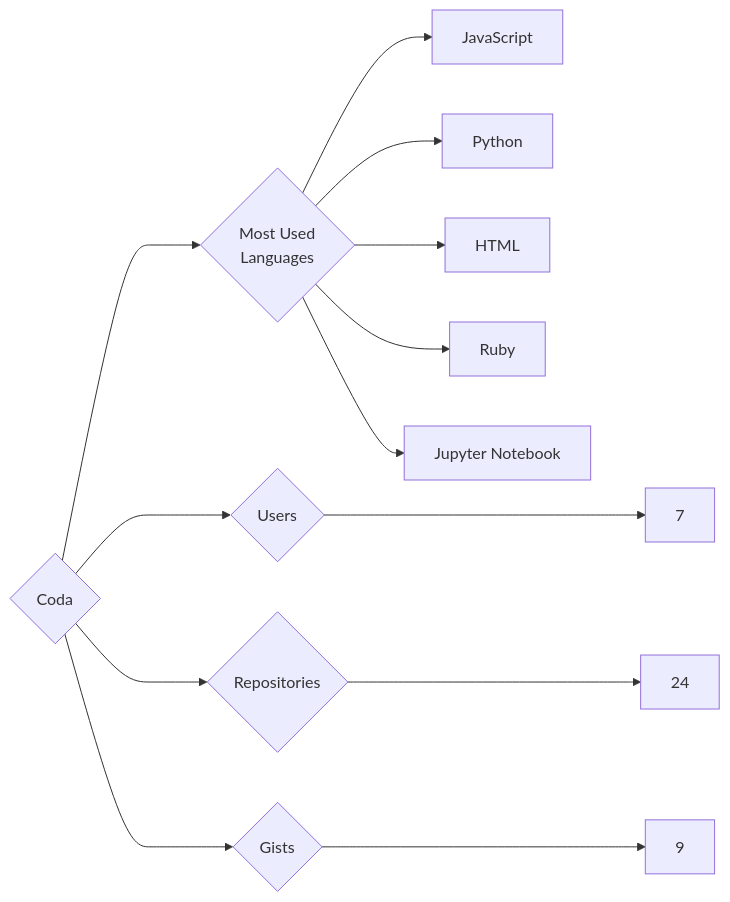
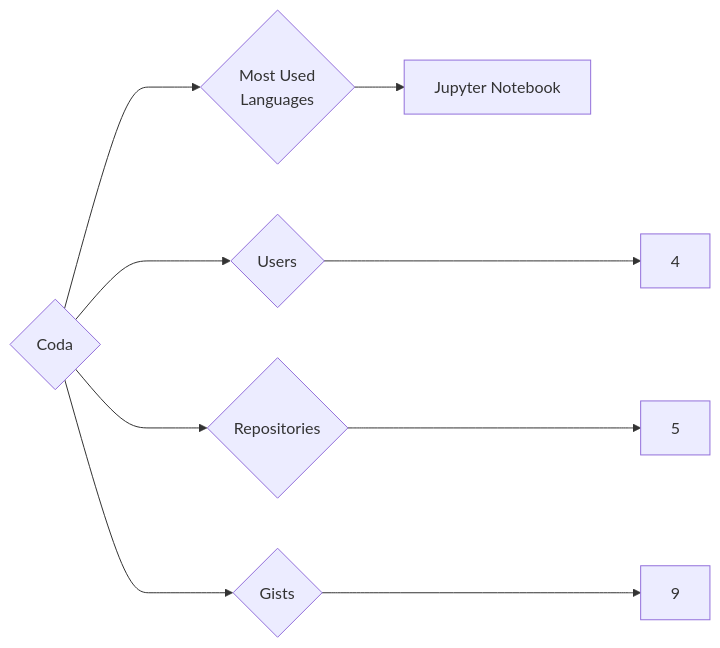
One commit to trickest/insiders changed the diagram in targets/Coda/README.md. Above: the diagram before and after it, drawn with Mermaid. The commit also changed 1148 other files, not shown here.

````diff
--- a/targets/Coda/README.md
+++ b/targets/Coda/README.md
@@ -3,13 +3,9 @@
 ```mermaid
 graph LR
 COMPANY_NAME{Coda}
-COMPANY_NAME ---> U{Users} ---> UN[7]
-COMPANY_NAME ---> R{Repositories} ---> RN[24]
+COMPANY_NAME ---> U{Users} ---> UN[4]
+COMPANY_NAME ---> R{Repositories} ---> RN[5]
 COMPANY_NAME ---> G{Gists} ---> GN[9]
 COMPANY_NAME ---> ML{Most Used<br>Languages}
-ML --> JavaScript[JavaScript]
-ML --> Python[Python]
-ML --> HTML[HTML]
-ML --> Ruby[Ruby]
 ML --> Jupyter_Notebook[Jupyter Notebook]
 ```
````
